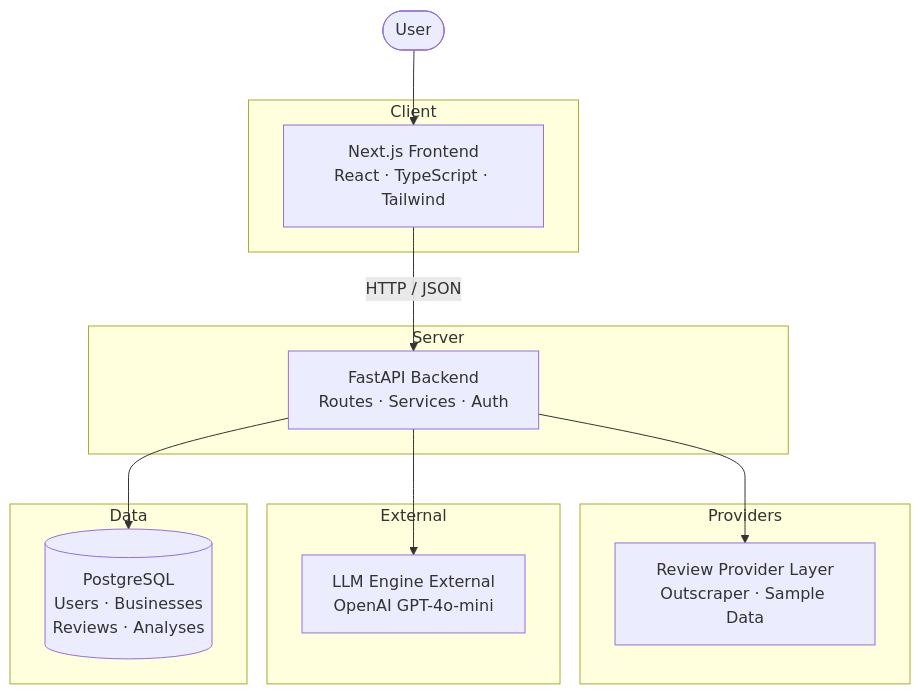
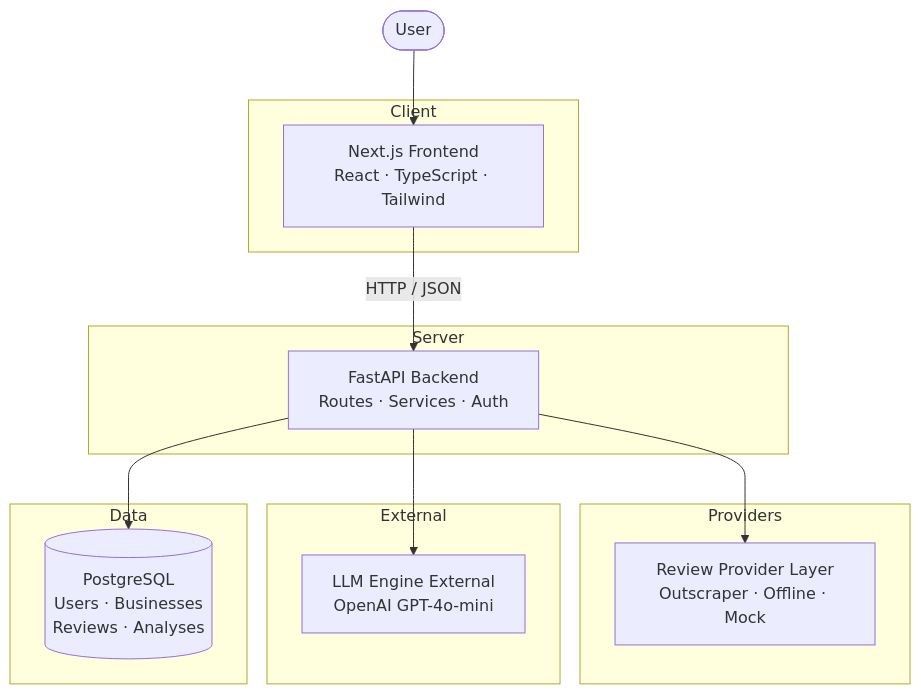
Before and after one commit to YuriShkurko/review-insight-tool: the diagram in README.md, drawn with Mermaid. The commit also changed other lines of this file and 25 other files, not shown here.

````diff
--- a/README.md
+++ b/README.md
@@ -140,29 +160,29 @@
 ```mermaid
 graph TB
     User([User]) --> Frontend
 
     subgraph Client
         Frontend["Next.js Frontend<br/>React · TypeScript · Tailwind"]
     end
 
     subgraph Server
         API["FastAPI Backend<br/>Routes · Services · Auth"]
     end
 
     subgraph Providers
-        RP["Review Provider Layer<br/>Outscraper · Sample Data"]
+        RP["Review Provider Layer<br/>Outscraper · Offline · Mock"]
     end
 
     subgraph External
         LLM["LLM Engine External<br/>OpenAI GPT-4o-mini"]
     end
 
     subgraph Data
         DB[("PostgreSQL<br/>Users · Businesses<br/>Reviews · Analyses")]
     end
 
     Frontend -- "HTTP / JSON" --> API
     API --> RP
     API --> LLM
     API --> DB
 ```
````
